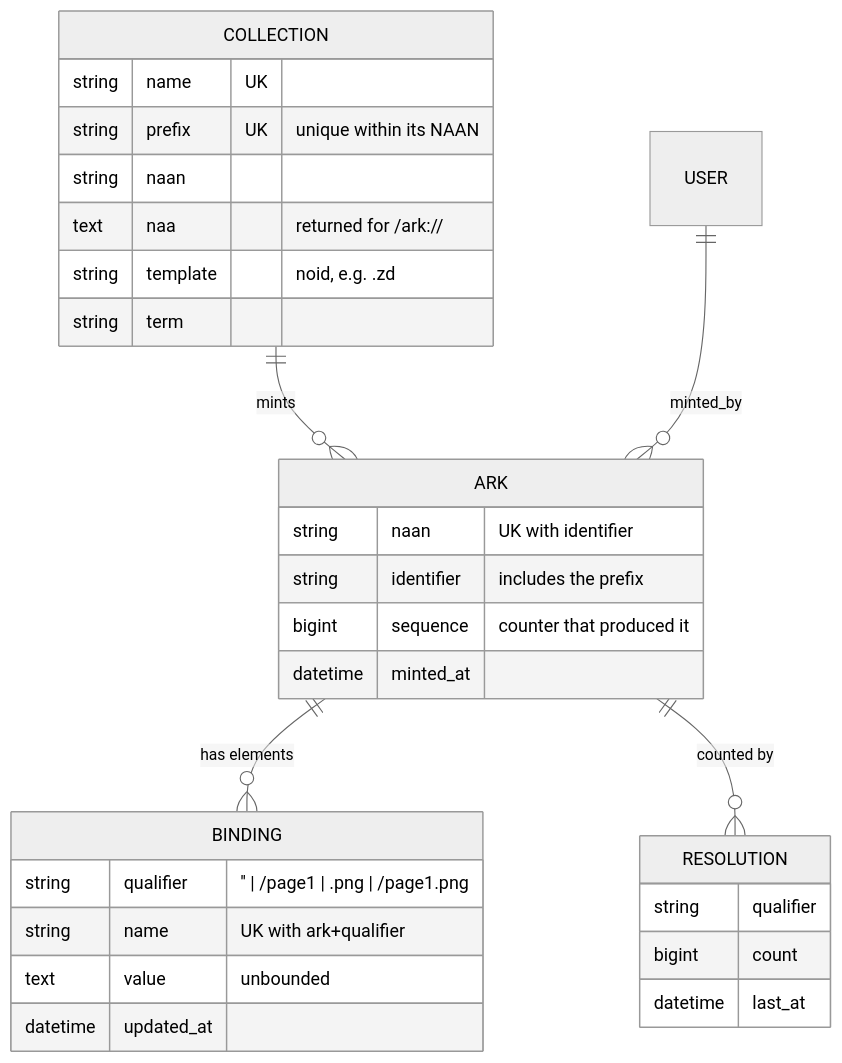
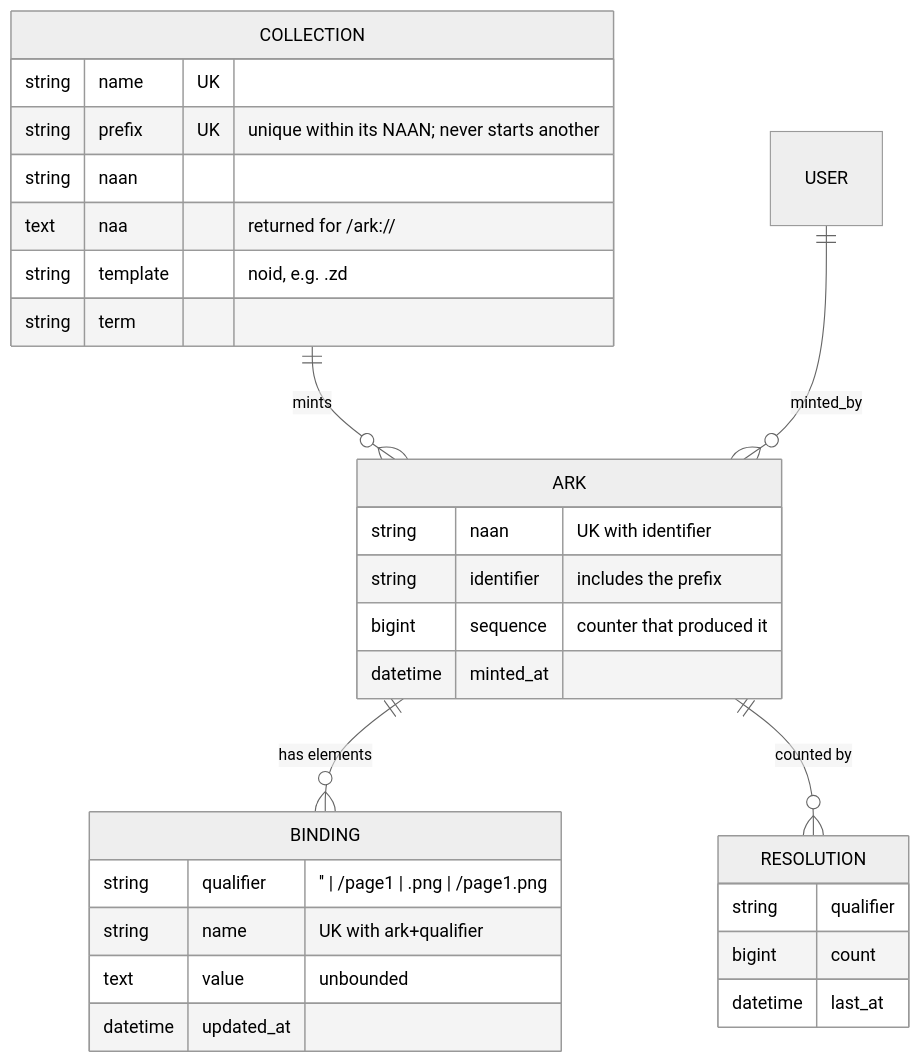
Before and after one commit to digitalutsc/arks-service: the fifth of 11 diagrams in docs/README_EXTENDED.md, drawn with Mermaid (neutral theme). The commit also changed 18 other files, not shown here.

````diff
--- a/docs/README_EXTENDED.md
+++ b/docs/README_EXTENDED.md
@@ -211,33 +211,33 @@
 ```mermaid
 erDiagram
     COLLECTION ||--o{ ARK : mints
     ARK ||--o{ BINDING : "has elements"
     ARK ||--o{ RESOLUTION : "counted by"
     USER ||--o{ ARK : minted_by
 
     COLLECTION {
         string name UK
-        string prefix UK "unique within its NAAN"
+        string prefix UK "unique within its NAAN; never starts another"
         string naan
         text   naa "returned for /ark:/<naan>/"
         string template "noid, e.g. .zd"
         string term
     }
     ARK {
         string naan "UK with identifier"
         string identifier "includes the prefix"
         bigint sequence "counter that produced it"
         datetime minted_at
     }
     BINDING {
         string qualifier "'' | /page1 | .png | /page1.png"
         string name "UK with ark+qualifier"
         text   value "unbounded"
         datetime updated_at
     }
     RESOLUTION {
         string qualifier
         bigint count
         datetime last_at
     }
 ```
````
